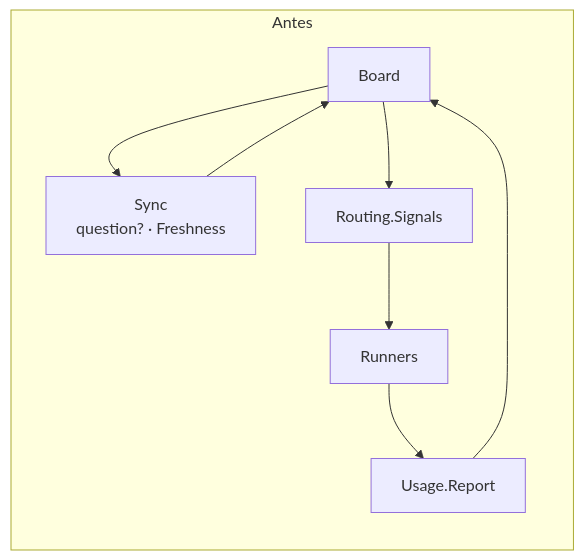
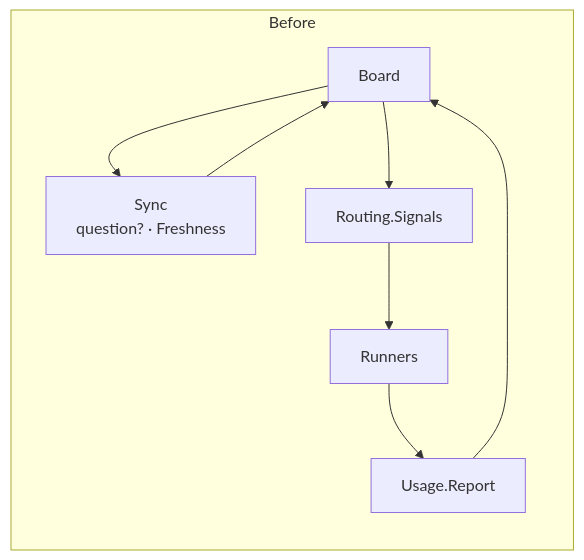
One commit to sallaumen/dsh-superagent-superboard changed the fourth of 5 diagrams in docs/architecture/README.md. Above: the diagram before and after it, drawn with Mermaid. The commit also changed other lines of this file and 34 other files, not shown here.

````diff
--- a/docs/architecture/README.md
+++ b/docs/architecture/README.md
@@ -186,8 +190,8 @@
 ```mermaid
 flowchart LR
-    subgraph antes["Antes"]
+    subgraph antes["Before"]
         B1["Board"] --> S1["Sync\nquestion? · Freshness"]
         S1 --> B1
         B1 --> SIG1["Routing.Signals"] --> R1["Runners"] --> U1["Usage.Report"] --> B1
     end
 ```
````
